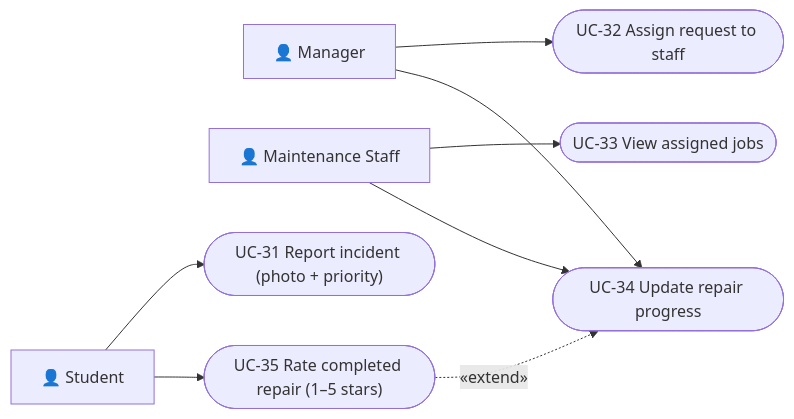
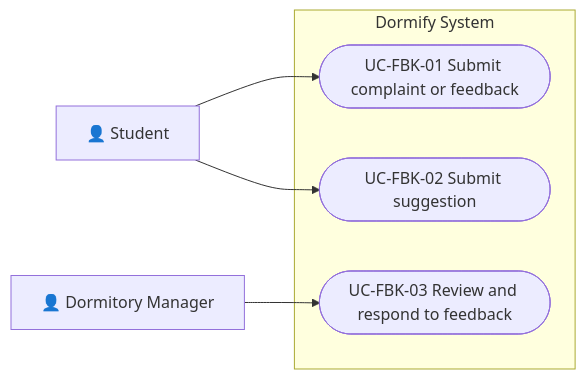
Before and after one commit to ddanh2436/Domitory_Management_Docs: the tenth of 12 diagrams in docs/analysis-and-design/use-case-model.md, drawn with Mermaid. The commit also changed other lines of this file, not shown here.

````diff
--- a/docs/analysis-and-design/use-case-model.md
+++ b/docs/analysis-and-design/use-case-model.md
@@ -154,21 +497,16 @@
 ```mermaid
 flowchart LR
     Student["👤 Student"]
-    Manager["👤 Manager"]
-    Staff["👤 Maintenance Staff"]
+    DormManager["👤 Dormitory Manager"]
 
-    UC31(["UC-31 Report incident (photo + priority)"])
-    UC32(["UC-32 Assign request to staff"])
-    UC33(["UC-33 View assigned jobs"])
-    UC34(["UC-34 Update repair progress"])
-    UC35(["UC-35 Rate completed repair (1–5 stars)"])
+    subgraph Dormify["Dormify System"]
+        UCFB01(["UC-FBK-01 Submit complaint or feedback"])
+        UCFB02(["UC-FBK-02 Submit suggestion"])
+        UCFB03(["UC-FBK-03 Review and respond to feedback"])
+    end
 
-    Student --> UC31
-    Manager --> UC32
-    Staff --> UC33
-    Staff --> UC34
-    Manager --> UC34
-    Student --> UC35
+    Student --> UCFB01
+    Student --> UCFB02
 
-    UC35 -.->|«extend»| UC34
+    DormManager --> UCFB03
 ```
````
